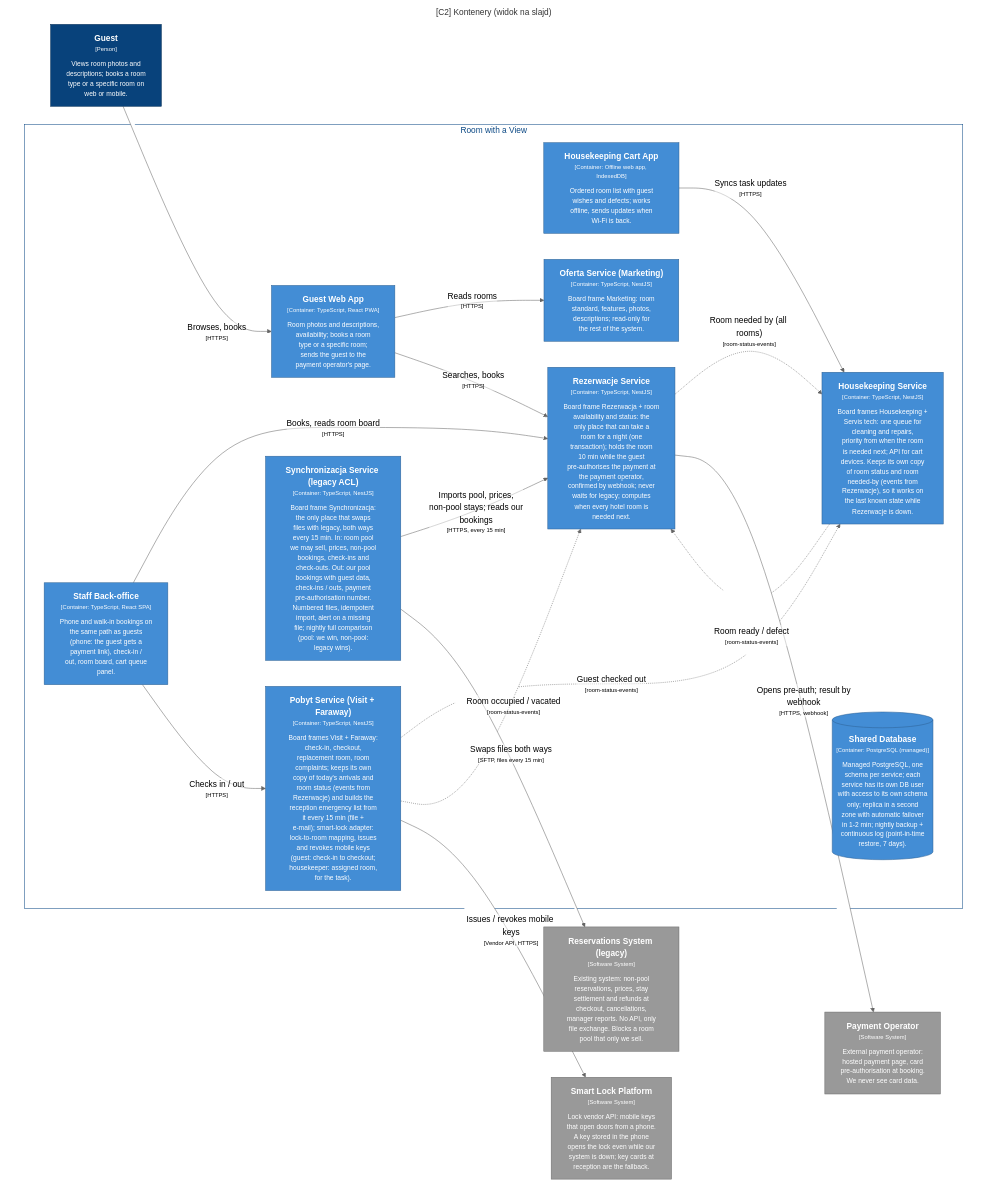
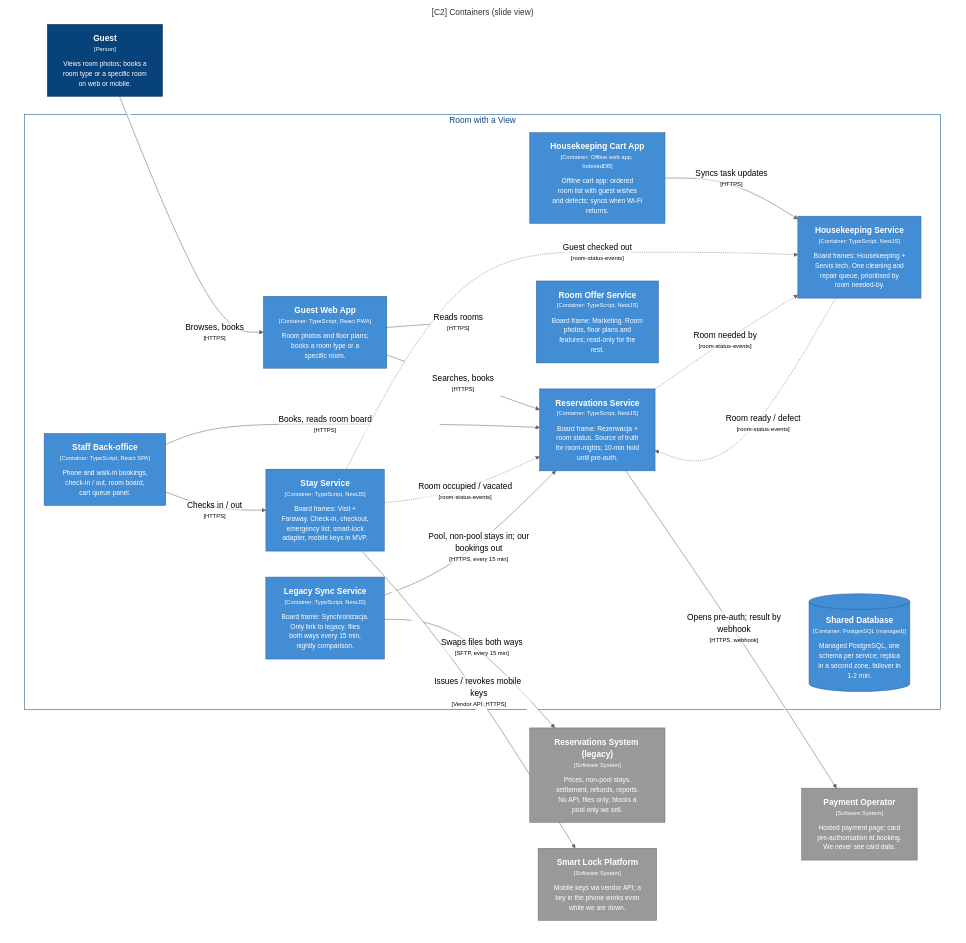
One commit to patrykkarny/Kata-workshopAI changed the diagram in zadanie/c4/out/mermaid/C2-Slide.mmd. Above: the diagram before and after it, drawn with Mermaid (neutral theme). The commit also changed 26 other files, not shown here.

```diff
--- a/zadanie/c4/out/mermaid/C2-Slide.mmd
+++ b/zadanie/c4/out/mermaid/C2-Slide.mmd
@@ -1,54 +1,54 @@
 graph TB
   linkStyle default fill:#ffffff
 
-  subgraph diagram ["[C2] Kontenery (widok na slajd)"]
+  subgraph diagram ["[C2] Containers (slide view)"]
     style diagram fill:#ffffff,stroke:#ffffff
 
-    1["<div style='font-weight: bold'>Guest</div><div style='font-size: 70%; margin-top: 0px'>[Person]</div><div style='font-size: 80%; margin-top:10px'>Views room photos and<br />descriptions; books a room<br />type or a specific room on<br />web or mobile.</div>"]
+    1["<div style='font-weight: bold'>Guest</div><div style='font-size: 70%; margin-top: 0px'>[Person]</div><div style='font-size: 80%; margin-top:10px'>Views room photos; books a<br />room type or a specific room<br />on web or mobile.</div>"]
     style 1 fill:#08427b,stroke:#052e56,color:#ffffff
-    15["<div style='font-weight: bold'>Reservations System (legacy)</div><div style='font-size: 70%; margin-top: 0px'>[Software System]</div><div style='font-size: 80%; margin-top:10px'>Existing system: non-pool<br />reservations, prices, stay<br />settlement and refunds at<br />checkout, cancellations,<br />manager reports. No API, only<br />file exchange. Blocks a room<br />pool that only we sell.</div>"]
+    15["<div style='font-weight: bold'>Reservations System (legacy)</div><div style='font-size: 70%; margin-top: 0px'>[Software System]</div><div style='font-size: 80%; margin-top:10px'>Prices, non-pool stays,<br />settlement, refunds, reports.<br />No API, files only; blocks a<br />pool only we sell.</div>"]
     style 15 fill:#999999,stroke:#6b6b6b,color:#ffffff
-    16["<div style='font-weight: bold'>Smart Lock Platform</div><div style='font-size: 70%; margin-top: 0px'>[Software System]</div><div style='font-size: 80%; margin-top:10px'>Lock vendor API: mobile keys<br />that open doors from a phone.<br />A key stored in the phone<br />opens the lock even while our<br />system is down; key cards at<br />reception are the fallback.</div>"]
+    16["<div style='font-weight: bold'>Smart Lock Platform</div><div style='font-size: 70%; margin-top: 0px'>[Software System]</div><div style='font-size: 80%; margin-top:10px'>Mobile keys via vendor API; a<br />key in the phone works even<br />while we are down.</div>"]
     style 16 fill:#999999,stroke:#6b6b6b,color:#ffffff
-    17["<div style='font-weight: bold'>Payment Operator</div><div style='font-size: 70%; margin-top: 0px'>[Software System]</div><div style='font-size: 80%; margin-top:10px'>External payment operator:<br />hosted payment page, card<br />pre-authorisation at booking.<br />We never see card data.</div>"]
+    17["<div style='font-weight: bold'>Payment Operator</div><div style='font-size: 70%; margin-top: 0px'>[Software System]</div><div style='font-size: 80%; margin-top:10px'>Hosted payment page; card<br />pre-authorisation at booking.<br />We never see card data.</div>"]
     style 17 fill:#999999,stroke:#6b6b6b,color:#ffffff
 
     subgraph 4 ["Room with a View"]
       style 4 fill:#ffffff,stroke:#0b4884,color:#0b4884
 
-      10["<div style='font-weight: bold'>Pobyt Service (Visit + Faraway)</div><div style='font-size: 70%; margin-top: 0px'>[Container: TypeScript, NestJS]</div><div style='font-size: 80%; margin-top:10px'>Board frames Visit + Faraway:<br />check-in, checkout,<br />replacement room, room<br />complaints; keeps its own<br />copy of today's arrivals and<br />room status (events from<br />Rezerwacje) and builds the<br />reception emergency list from<br />it every 15 min (file +<br />e-mail); smart-lock adapter:<br />lock-to-room mapping, issues<br />and revokes mobile keys<br />(guest: check-in to checkout;<br />housekeeper: assigned room,<br />for the task).</div>"]
+      10["<div style='font-weight: bold'>Stay Service</div><div style='font-size: 70%; margin-top: 0px'>[Container: TypeScript, NestJS]</div><div style='font-size: 80%; margin-top:10px'>Board frames: Visit +<br />Faraway. Check-in, checkout,<br />emergency list; smart-lock<br />adapter, mobile keys in MVP.</div>"]
       style 10 fill:#438dd5,stroke:#2e6295,color:#ffffff
-      11["<div style='font-weight: bold'>Synchronizacja Service (legacy ACL)</div><div style='font-size: 70%; margin-top: 0px'>[Container: TypeScript, NestJS]</div><div style='font-size: 80%; margin-top:10px'>Board frame Synchronizacja:<br />the only place that swaps<br />files with legacy, both ways<br />every 15 min. In: room pool<br />we may sell, prices, non-pool<br />bookings, check-ins and<br />check-outs. Out: our pool<br />bookings with guest data,<br />check-ins / outs, payment<br />pre-authorisation number.<br />Numbered files, idempotent<br />import, alert on a missing<br />file; nightly full comparison<br />(pool: we win, non-pool:<br />legacy wins).</div>"]
+      11["<div style='font-weight: bold'>Legacy Sync Service</div><div style='font-size: 70%; margin-top: 0px'>[Container: TypeScript, NestJS]</div><div style='font-size: 80%; margin-top:10px'>Board frame: Synchronizacja.<br />Only link to legacy: files<br />both ways every 15 min,<br />nightly comparison.</div>"]
       style 11 fill:#438dd5,stroke:#2e6295,color:#ffffff
-      12["<div style='font-weight: bold'>Oferta Service (Marketing)</div><div style='font-size: 70%; margin-top: 0px'>[Container: TypeScript, NestJS]</div><div style='font-size: 80%; margin-top:10px'>Board frame Marketing: room<br />standard, features, photos,<br />descriptions; read-only for<br />the rest of the system.</div>"]
+      12["<div style='font-weight: bold'>Room Offer Service</div><div style='font-size: 70%; margin-top: 0px'>[Container: TypeScript, NestJS]</div><div style='font-size: 80%; margin-top:10px'>Board frame: Marketing. Room<br />photos, floor plans and<br />features; read-only for the<br />rest.</div>"]
       style 12 fill:#438dd5,stroke:#2e6295,color:#ffffff
-      13[("<div style='font-weight: bold'>Shared Database</div><div style='font-size: 70%; margin-top: 0px'>[Container: PostgreSQL (managed)]</div><div style='font-size: 80%; margin-top:10px'>Managed PostgreSQL, one<br />schema per service; each<br />service has its own DB user<br />with access to its own schema<br />only; replica in a second<br />zone with automatic failover<br />in 1-2 min; nightly backup +<br />continuous log (point-in-time<br />restore, 7 days).</div>")]
+      13[("<div style='font-weight: bold'>Shared Database</div><div style='font-size: 70%; margin-top: 0px'>[Container: PostgreSQL (managed)]</div><div style='font-size: 80%; margin-top:10px'>Managed PostgreSQL, one<br />schema per service; replica<br />in a second zone, failover in<br />1-2 min.</div>")]
       style 13 fill:#438dd5,stroke:#2e6295,color:#ffffff
-      5["<div style='font-weight: bold'>Guest Web App</div><div style='font-size: 70%; margin-top: 0px'>[Container: TypeScript, React PWA]</div><div style='font-size: 80%; margin-top:10px'>Room photos and descriptions,<br />availability; books a room<br />type or a specific room;<br />sends the guest to the<br />payment operator's page.</div>"]
+      5["<div style='font-weight: bold'>Guest Web App</div><div style='font-size: 70%; margin-top: 0px'>[Container: TypeScript, React PWA]</div><div style='font-size: 80%; margin-top:10px'>Room photos and floor plans;<br />books a room type or a<br />specific room.</div>"]
       style 5 fill:#438dd5,stroke:#2e6295,color:#ffffff
-      6["<div style='font-weight: bold'>Staff Back-office</div><div style='font-size: 70%; margin-top: 0px'>[Container: TypeScript, React SPA]</div><div style='font-size: 80%; margin-top:10px'>Phone and walk-in bookings on<br />the same path as guests<br />(phone: the guest gets a<br />payment link), check-in /<br />out, room board, cart queue<br />panel.</div>"]
+      6["<div style='font-weight: bold'>Staff Back-office</div><div style='font-size: 70%; margin-top: 0px'>[Container: TypeScript, React SPA]</div><div style='font-size: 80%; margin-top:10px'>Phone and walk-in bookings,<br />check-in / out, room board,<br />cart queue panel.</div>"]
       style 6 fill:#438dd5,stroke:#2e6295,color:#ffffff
-      7["<div style='font-weight: bold'>Housekeeping Cart App</div><div style='font-size: 70%; margin-top: 0px'>[Container: Offline web app, IndexedDB]</div><div style='font-size: 80%; margin-top:10px'>Ordered room list with guest<br />wishes and defects; works<br />offline, sends updates when<br />Wi-Fi is back.</div>"]
+      7["<div style='font-weight: bold'>Housekeeping Cart App</div><div style='font-size: 70%; margin-top: 0px'>[Container: Offline web app, IndexedDB]</div><div style='font-size: 80%; margin-top:10px'>Offline cart app: ordered<br />room list with guest wishes<br />and defects; syncs when Wi-Fi<br />returns.</div>"]
       style 7 fill:#438dd5,stroke:#2e6295,color:#ffffff
-      8["<div style='font-weight: bold'>Rezerwacje Service</div><div style='font-size: 70%; margin-top: 0px'>[Container: TypeScript, NestJS]</div><div style='font-size: 80%; margin-top:10px'>Board frame Rezerwacja + room<br />availability and status: the<br />only place that can take a<br />room for a night (one<br />transaction); holds the room<br />10 min while the guest<br />pre-authorises the payment at<br />the payment operator,<br />confirmed by webhook; never<br />waits for legacy; computes<br />when every hotel room is<br />needed next.</div>"]
+      8["<div style='font-weight: bold'>Reservations Service</div><div style='font-size: 70%; margin-top: 0px'>[Container: TypeScript, NestJS]</div><div style='font-size: 80%; margin-top:10px'>Board frame: Rezerwacja +<br />room status. Source of truth<br />for room-nights; 10-min hold<br />until pre-auth.</div>"]
       style 8 fill:#438dd5,stroke:#2e6295,color:#ffffff
-      9["<div style='font-weight: bold'>Housekeeping Service</div><div style='font-size: 70%; margin-top: 0px'>[Container: TypeScript, NestJS]</div><div style='font-size: 80%; margin-top:10px'>Board frames Housekeeping +<br />Servis tech: one queue for<br />cleaning and repairs,<br />priority from when the room<br />is needed next; API for cart<br />devices. Keeps its own copy<br />of room status and room<br />needed-by (events from<br />Rezerwacje), so it works on<br />the last known state while<br />Rezerwacje is down.</div>"]
+      9["<div style='font-weight: bold'>Housekeeping Service</div><div style='font-size: 70%; margin-top: 0px'>[Container: TypeScript, NestJS]</div><div style='font-size: 80%; margin-top:10px'>Board frames: Housekeeping +<br />Servis tech. One cleaning and<br />repair queue, prioritised by<br />room needed-by.</div>"]
       style 9 fill:#438dd5,stroke:#2e6295,color:#ffffff
     end
 
     1-- "<div>Browses, books</div><div style='font-size: 70%'>[HTTPS]</div>" -->5
     5-- "<div>Reads rooms</div><div style='font-size: 70%'>[HTTPS]</div>" -->12
     5-- "<div>Searches, books</div><div style='font-size: 70%'>[HTTPS]</div>" -->8
     6-- "<div>Books, reads room board</div><div style='font-size: 70%'>[HTTPS]</div>" -->8
     6-- "<div>Checks in / out</div><div style='font-size: 70%'>[HTTPS]</div>" -->10
     7-- "<div>Syncs task updates</div><div style='font-size: 70%'>[HTTPS]</div>" -->9
-    8-. "<div>Room needed by (all rooms)</div><div style='font-size: 70%'>[room-status-events]</div>" .->9
+    11-- "<div>Swaps files both ways</div><div style='font-size: 70%'>[SFTP, every 15 min]</div>" -->15
     10-. "<div>Guest checked out</div><div style='font-size: 70%'>[room-status-events]</div>" .->9
+    8-. "<div>Room needed by</div><div style='font-size: 70%'>[room-status-events]</div>" .->9
     10-. "<div>Room occupied / vacated</div><div style='font-size: 70%'>[room-status-events]</div>" .->8
     9-. "<div>Room ready / defect</div><div style='font-size: 70%'>[room-status-events]</div>" .->8
-    11-- "<div>Imports pool, prices,<br />non-pool stays; reads our<br />bookings</div><div style='font-size: 70%'>[HTTPS, every 15 min]</div>" -->8
+    11-- "<div>Pool, non-pool stays in; our<br />bookings out</div><div style='font-size: 70%'>[HTTPS, every 15 min]</div>" -->8
     10-- "<div>Issues / revokes mobile keys</div><div style='font-size: 70%'>[Vendor API, HTTPS]</div>" -->16
-    11-- "<div>Swaps files both ways</div><div style='font-size: 70%'>[SFTP, files every 15 min]</div>" -->15
     8-- "<div>Opens pre-auth; result by<br />webhook</div><div style='font-size: 70%'>[HTTPS, webhook]</div>" -->17
 
   end
```
